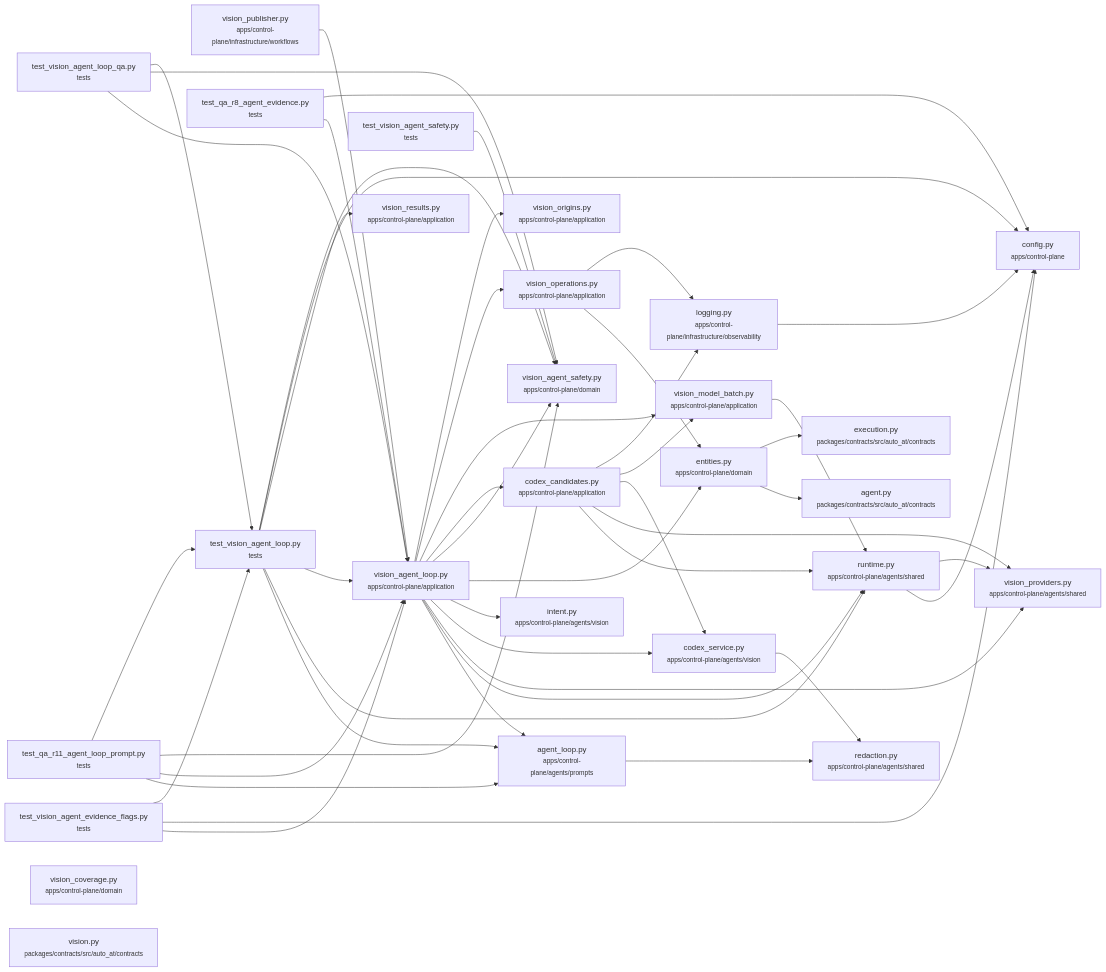
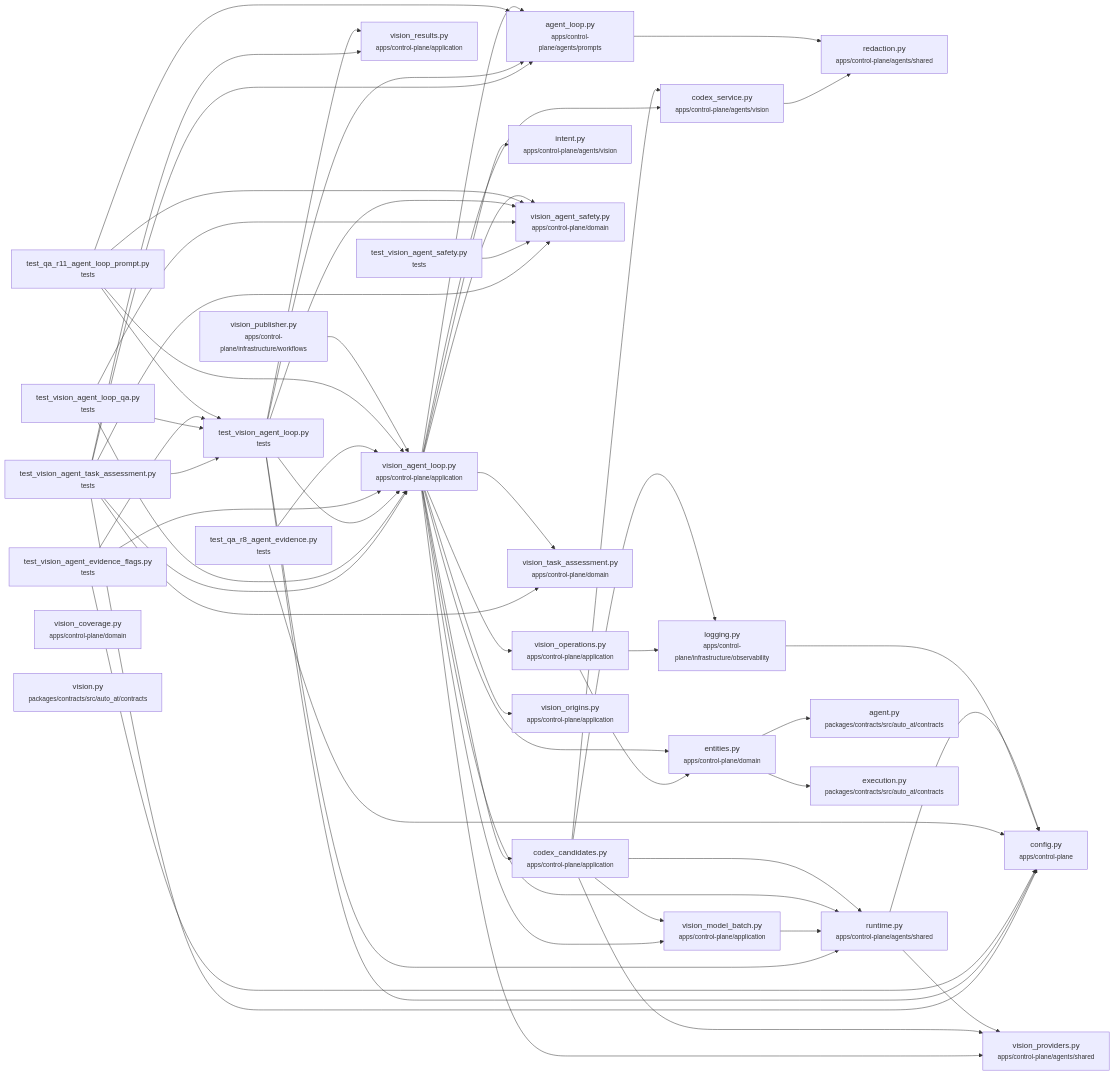
One commit to HenSanInDuty/agent-automation-testing changed the diagram in auto-at-ui/docs/graphs/vision-agent-loop.md. Above: the diagram before and after it, drawn with Mermaid. The commit also changed other lines of this file and 15 other files, not shown here.

First line of the commit message:
docs: record ADR-046 and the agent-loop task testing plan

````diff
--- a/auto-at-ui/docs/graphs/vision-agent-loop.md
+++ b/auto-at-ui/docs/graphs/vision-agent-loop.md
@@ -155,20 +162,22 @@
   n10["intent.py<br/><small>apps/control-plane/agents/vision</small>"]
   n11["entities.py<br/><small>apps/control-plane/domain</small>"]
   n12["vision_agent_safety.py<br/><small>apps/control-plane/domain</small>"]
-  n13["vision_operations.py<br/><small>apps/control-plane/application</small>"]
-  n14["vision_origins.py<br/><small>apps/control-plane/application</small>"]
-  n15["agent.py<br/><small>packages/contracts/src/auto_at/contracts</small>"]
-  n16["execution.py<br/><small>packages/contracts/src/auto_at/contracts</small>"]
-  n17["vision_publisher.py<br/><small>apps/control-plane/infrastructure/workflows</small>"]
-  n18["test_qa_r11_agent_loop_prompt.py<br/><small>tests</small>"]
-  n19["test_vision_agent_loop.py<br/><small>tests</small>"]
-  n20["test_qa_r8_agent_evidence.py<br/><small>tests</small>"]
-  n21["test_vision_agent_evidence_flags.py<br/><small>tests</small>"]
-  n22["vision_results.py<br/><small>apps/control-plane/application</small>"]
-  n23["test_vision_agent_loop_qa.py<br/><small>tests</small>"]
-  n24["test_vision_agent_safety.py<br/><small>tests</small>"]
-  n25["vision_coverage.py<br/><small>apps/control-plane/domain</small>"]
-  n26["vision.py<br/><small>packages/contracts/src/auto_at/contracts</small>"]
+  n13["vision_task_assessment.py<br/><small>apps/control-plane/domain</small>"]
+  n14["vision_operations.py<br/><small>apps/control-plane/application</small>"]
+  n15["vision_origins.py<br/><small>apps/control-plane/application</small>"]
+  n16["agent.py<br/><small>packages/contracts/src/auto_at/contracts</small>"]
+  n17["execution.py<br/><small>packages/contracts/src/auto_at/contracts</small>"]
+  n18["vision_publisher.py<br/><small>apps/control-plane/infrastructure/workflows</small>"]
+  n19["test_qa_r11_agent_loop_prompt.py<br/><small>tests</small>"]
+  n20["test_vision_agent_loop.py<br/><small>tests</small>"]
+  n21["test_qa_r8_agent_evidence.py<br/><small>tests</small>"]
+  n22["test_vision_agent_evidence_flags.py<br/><small>tests</small>"]
+  n23["vision_results.py<br/><small>apps/control-plane/application</small>"]
+  n24["test_vision_agent_loop_qa.py<br/><small>tests</small>"]
+  n25["test_vision_agent_safety.py<br/><small>tests</small>"]
+  n26["test_vision_agent_task_assessment.py<br/><small>tests</small>"]
+  n27["vision_coverage.py<br/><small>apps/control-plane/domain</small>"]
+  n28["vision.py<br/><small>packages/contracts/src/auto_at/contracts</small>"]
   n0 --> n1
   n2 --> n3
   n2 --> n4
@@ -185,34 +194,42 @@
   n9 --> n10
   n9 --> n11
   n9 --> n12
+  n9 --> n13
   n9 --> n6
   n9 --> n7
-  n9 --> n13
   n9 --> n14
+  n9 --> n15
   n7 --> n2
-  n13 --> n11
-  n13 --> n8
-  n11 --> n15
+  n14 --> n11
+  n14 --> n8
   n11 --> n16
+  n11 --> n17
   n8 --> n3
-  n17 --> n9
-  n18 --> n0
   n18 --> n9
-  n18 --> n12
-  n18 --> n19
-  n20 --> n9
-  n20 --> n3
+  n19 --> n0
+  n19 --> n9
+  n19 --> n12
+  n19 --> n20
   n21 --> n9
   n21 --> n3
-  n21 --> n19
-  n19 --> n0
-  n19 --> n2
-  n19 --> n9
-  n19 --> n22
-  n19 --> n3
-  n19 --> n12
-  n23 --> n9
-  n23 --> n12
-  n23 --> n19
+  n22 --> n9
+  n22 --> n3
+  n22 --> n20
+  n20 --> n0
+  n20 --> n2
+  n20 --> n9
+  n20 --> n23
+  n20 --> n3
+  n20 --> n12
+  n24 --> n9
   n24 --> n12
+  n24 --> n20
+  n25 --> n12
+  n26 --> n0
+  n26 --> n9
+  n26 --> n23
+  n26 --> n3
+  n26 --> n12
+  n26 --> n13
+  n26 --> n20
 ```
````
